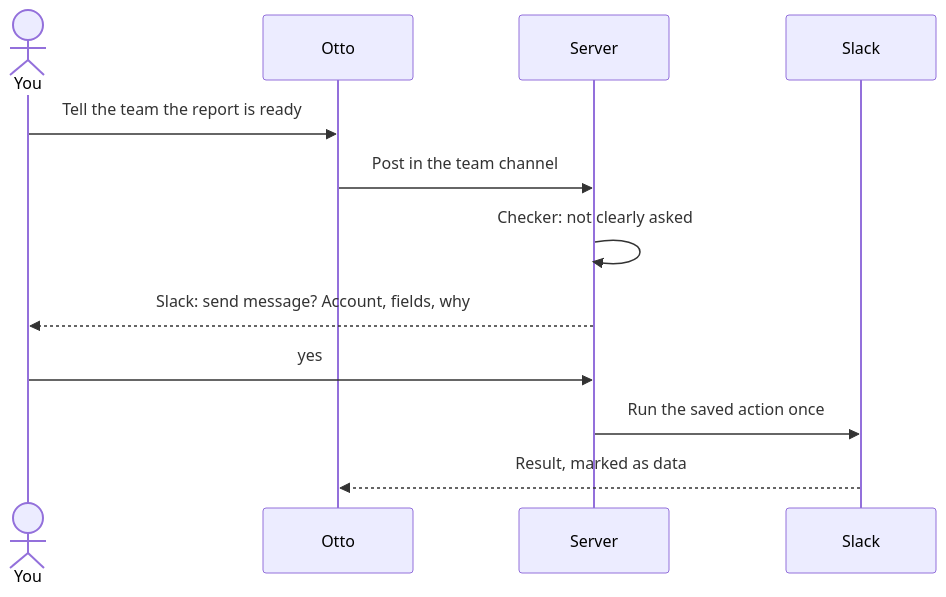
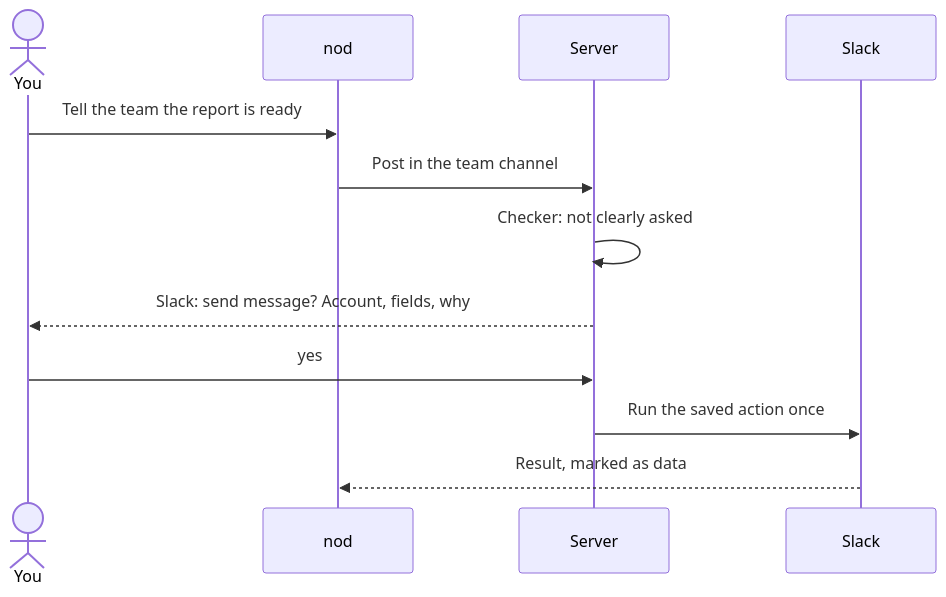
Before and after one commit to KrishBhimani/nod: the second of 2 diagrams in docs/src/content/docs/trust/approvals.mdx, drawn with Mermaid. The commit also changed other lines of this file and 380 other files, not shown here.

Commit message:
feat!: rename Otto to nod (#398)

````diff
--- a/docs/src/content/docs/trust/approvals.mdx
+++ b/docs/src/content/docs/trust/approvals.mdx
@@ -103,14 +103,14 @@
 ```mermaid
 sequenceDiagram
   actor You
-  participant Otto
+  participant nod
   participant Server
   participant App as Slack
-  You->>Otto: Tell the team the report is ready
-  Otto->>Server: Post in the team channel
+  You->>nod: Tell the team the report is ready
+  nod->>Server: Post in the team channel
   Server->>Server: Checker: not clearly asked
   Server-->>You: Slack: send message? Account, fields, why
   You->>Server: yes
   Server->>App: Run the saved action once
-  App-->>Otto: Result, marked as data
+  App-->>nod: Result, marked as data
 ```
````
